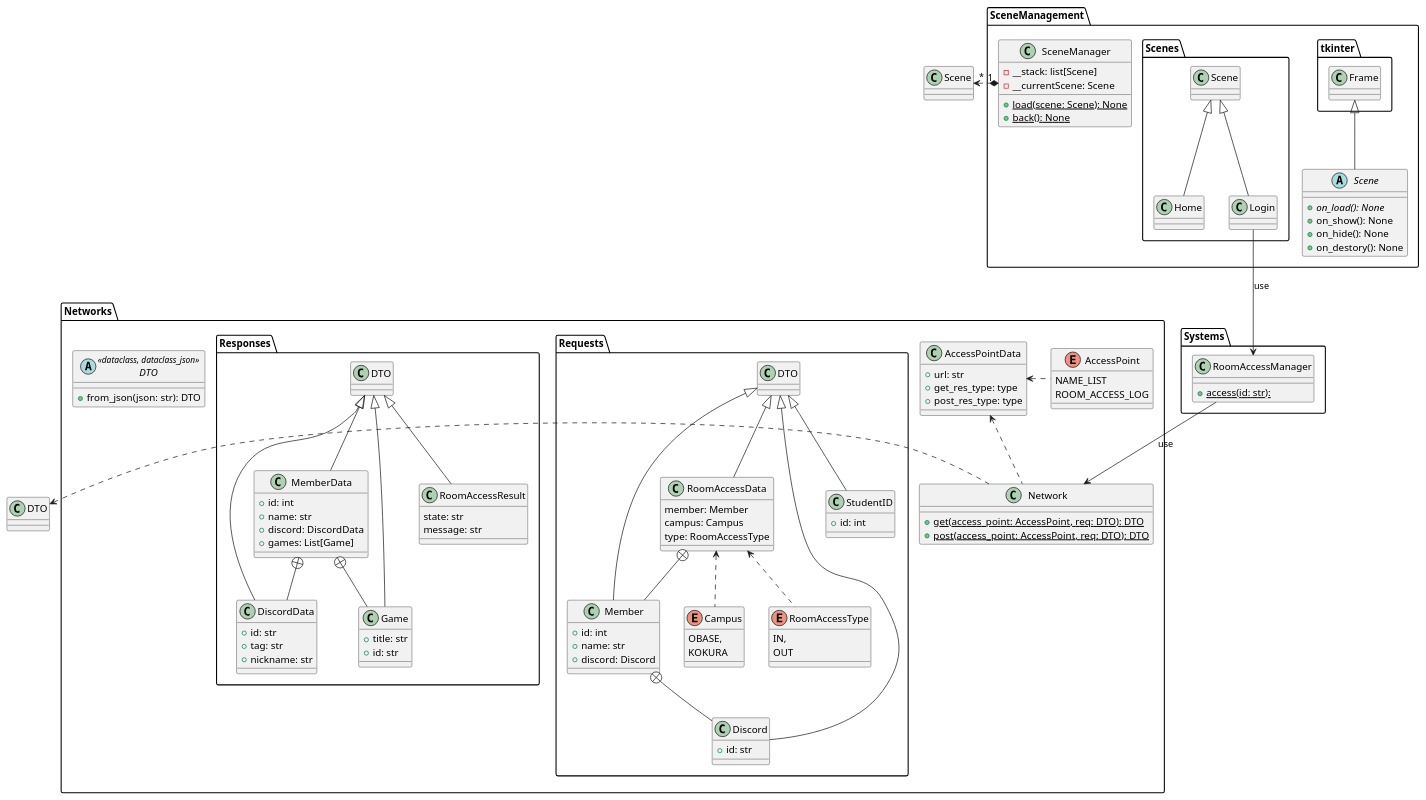
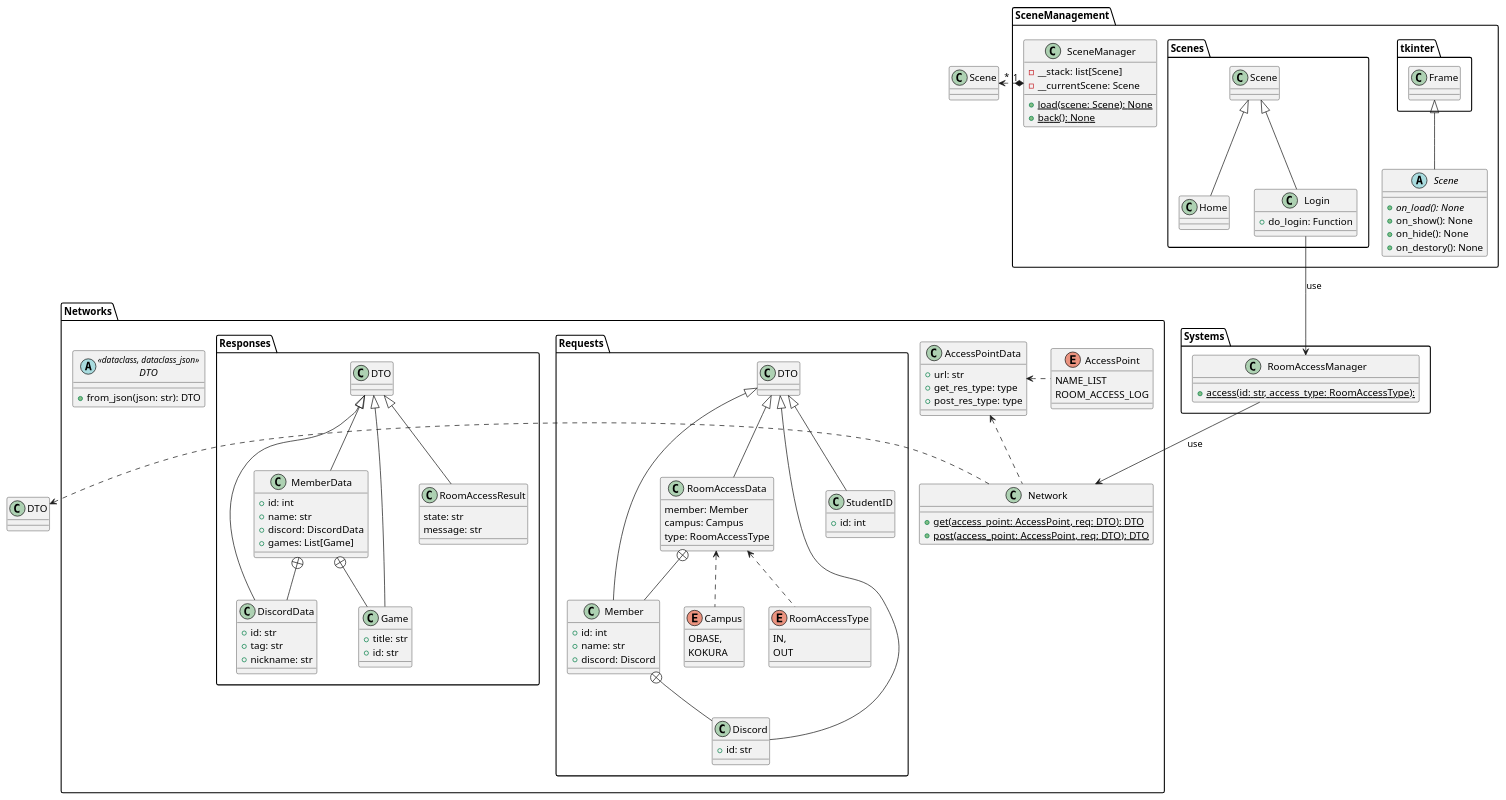
Before and after one commit to nmskm240/NITeRAS: the diagram in UMLs/Class Diagrams/All.pu, drawn with PlantUML. The commit also changed 4 other files, not shown here.

```diff
--- a/UMLs/Class Diagrams/All.pu
+++ b/UMLs/Class Diagrams/All.pu
@@ -1,147 +1,150 @@
 @startuml AllClass
 
 package Networks
 {
     enum AccessPoint
     {
         NAME_LIST
         ROOM_ACCESS_LOG
     }
 
     class AccessPointData
     {
         +url: str
         +get_res_type: type
         +post_res_type: type
     }
 
     abstract DTO<<dataclass, dataclass_json>>
     {
         +from_json(json: str): DTO
     }
 
     class Network
     {
         +{static}get(access_point: AccessPoint, req: DTO): DTO
         +{static}post(access_point: AccessPoint, req: DTO): DTO
     }
 
     package Requests
     {
         enum Campus
         {
             OBASE,
             KOKURA
         }
 
         enum RoomAccessType
         {
             IN,
             OUT
         }
 
         class Discord extends DTO
         {
             +id: str
         }
 
         class Member extends DTO
         {
             +id: int
             +name: str
             +discord: Discord
         }
 
         class RoomAccessData extends DTO
         {
             member: Member
             campus: Campus
             type: RoomAccessType
         }
 
         class StudentID extends DTO
         {
             +id: int
         }
     }
 
     package Responses
     {
         class DiscordData extends DTO
         {
             +id: str
             +tag: str
             +nickname: str
         }
 
         class Game extends DTO
         {
             +title: str
             +id: str
         }
 
         class MemberData extends DTO
         {
             +id: int
             +name: str
             +discord: DiscordData
             +games: List[Game]
         }
 
         class RoomAccessResult extends DTO
         {
             state: str
             message: str
         }
     }
 }
 
 package SceneManagement
 {
     class SceneManager
     {
         -__stack: list[Scene]
         -__currentScene: Scene
         +{static}load(scene: Scene): None
         +{static}back(): None
     }
 
     abstract Scene extends tkinter.Frame
     {
         +{abstract}on_load(): None
         +on_show(): None
         +on_hide(): None
         +on_destory(): None
     }
 
     package Scenes
     {
         class Home extends Scene
         class Login extends Scene
+        {
+            +do_login: Function
+        }
     }
 }
 package Systems
 {
     class RoomAccessManager
     {
-        +{static}access(id: str): 
+        +{static}access(id: str, access_type: RoomAccessType): 
     }
 }
 
 Network .left.> DTO
 Network .up.> AccessPointData
 AccessPoint .left.> AccessPointData
 RoomAccessType .up.> RoomAccessData
 Campus .up.> RoomAccessData
 
 SceneManager "1" *.left.> "*" Scene
 
 Game -up-+ MemberData
 DiscordData -up-+ MemberData
 Member -up-+ RoomAccessData
 Discord -up-+ Member
 
 Login --> RoomAccessManager : use
 RoomAccessManager --> Network : use
 
 @enduml
```
